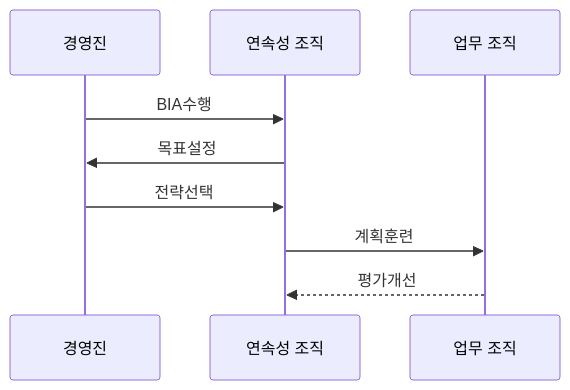
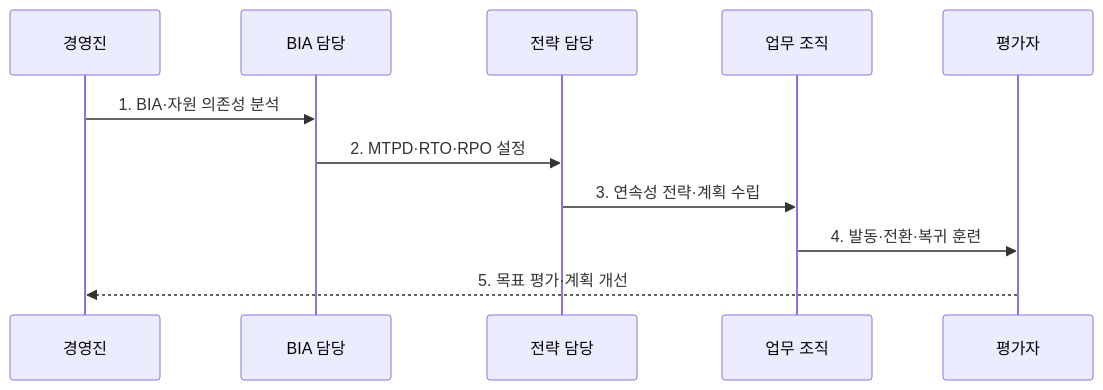
Before and after one commit to agnusdei1207/knowledge-base: the second of 2 diagrams in src/content/docs/notes/05-security/110_business_continuity_plan.md, drawn with Mermaid. The commit also changed other lines of this file and 6 other files, not shown here.

````diff
--- a/src/content/docs/notes/05-security/110_business_continuity_plan.md
+++ b/src/content/docs/notes/05-security/110_business_continuity_plan.md
@@ -79,11 +79,13 @@
 ```mermaid
 sequenceDiagram
   participant M as 경영진
-  participant B as 연속성 조직
+  participant B as BIA 담당
+  participant S as 전략 담당
   participant O as 업무 조직
-  M->>B: BIA수행
-  B->>M: 목표설정
-  M->>B: 전략선택
-  B->>O: 계획훈련
-  O-->>B: 평가개선
+  participant A as 평가자
+  M->>B: 1. BIA·자원 의존성 분석
+  B->>S: 2. MTPD·RTO·RPO 설정
+  S->>O: 3. 연속성 전략·계획 수립
+  O->>A: 4. 발동·전환·복귀 훈련
+  A-->>M: 5. 목표 평가·계획 개선
 ```
````
